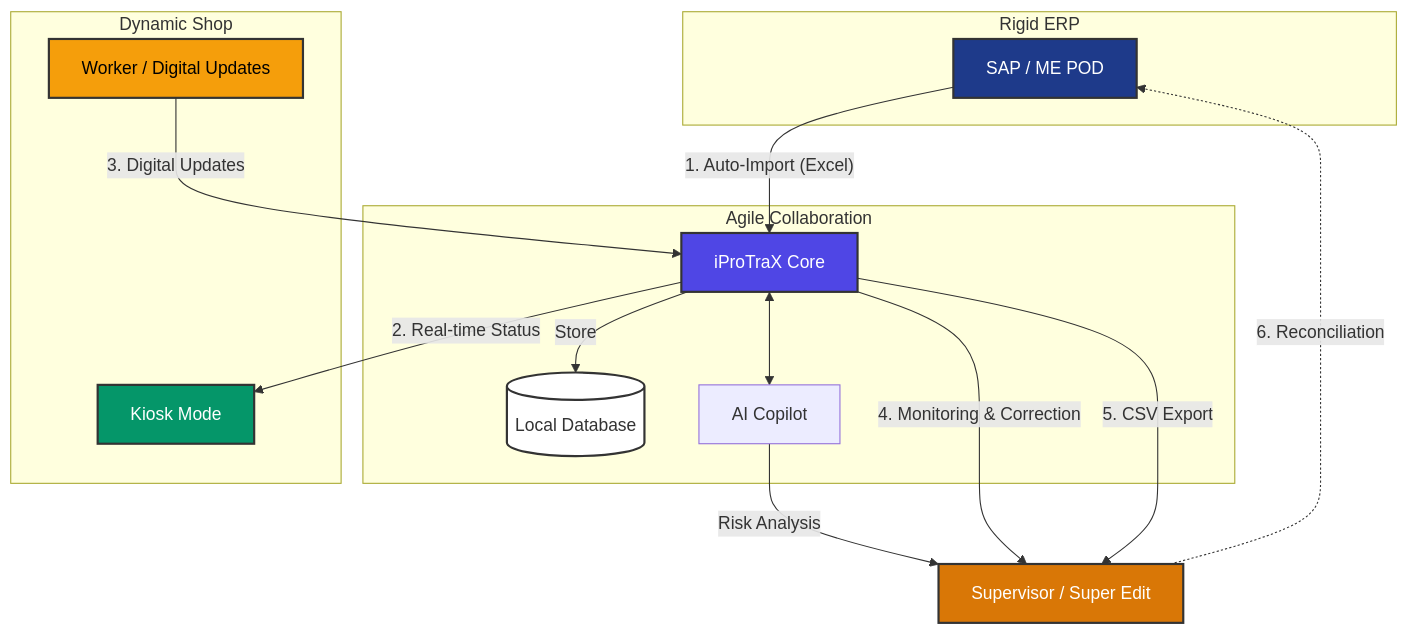
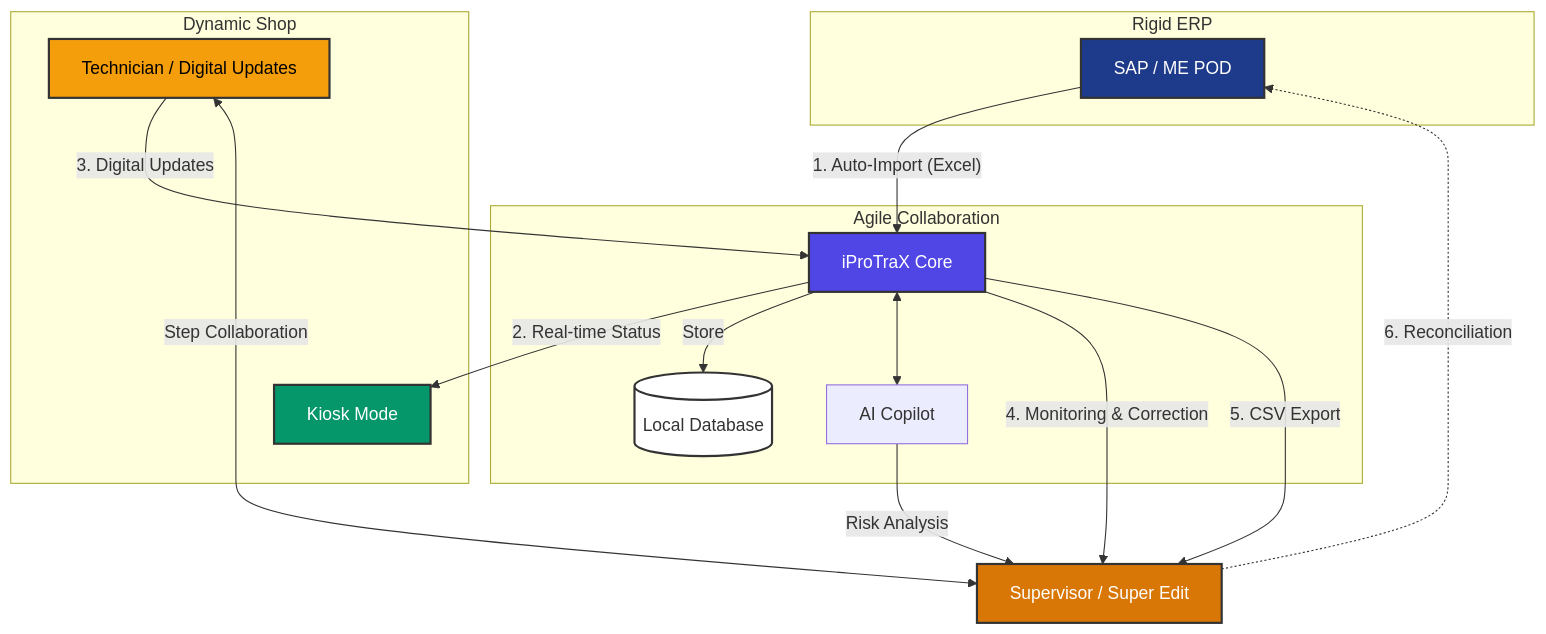
One commit to Tropical8818/ProTracker changed the diagram in README.md. Above: the diagram before and after it, drawn with Mermaid. The commit also changed 1 other file, not shown here.

Commit message:
docs: rename Worker to Technician and add technician-supervisor collaboration flow

````diff
--- a/README.md
+++ b/README.md
@@ -40,45 +40,46 @@
 ```mermaid
 graph TD
     subgraph RigidERP ["Rigid ERP"]
         SAP[SAP / ME POD]
     end
 
     subgraph DynamicShop ["Dynamic Shop"]
-        Worker[Worker / Digital Updates]
+        Tech[Technician / Digital Updates]
         Kiosk[Kiosk Mode]
     end
 
     subgraph AgileCollaboration ["Agile Collaboration"]
         Core[iProTraX Core]
         DB[(Local Database)]
         AI[AI Copilot]
     end
 
     Supervisor[Supervisor / Super Edit]
 
     %% Connections
     SAP -->|"1. Auto-Import (Excel)"| Core
     Core -->|"2. Real-time Status"| Kiosk
-    Worker -->|"3. Digital Updates"| Core
+    Tech -->|"3. Digital Updates"| Core
     Core -->|"Store"| DB
     Core <--> AI
     AI -->|"Risk Analysis"| Supervisor
     Core -->|"4. Monitoring & Correction"| Supervisor
     Core -->|"5. CSV Export"| Supervisor
     Supervisor -.->|"6. Reconciliation"| SAP
+    Tech <-->|"Step Collaboration"| Supervisor
 
     %% Styling
     classDef sap fill:#1e3a8a,stroke:#333,stroke-width:2px,color:white;
     classDef core fill:#4f46e5,stroke:#333,stroke-width:2px,color:white;
     classDef kiosk fill:#059669,stroke:#333,stroke-width:2px,color:white;
     classDef super fill:#d97706,stroke:#333,stroke-width:2px,color:white;
     classDef db fill:#fff,stroke:#333,stroke-width:2px;
     classDef shop fill:#f59e0b,stroke:#333,stroke-width:2px,color:black;
 
     class SAP sap;
     class Core core;
     class Kiosk kiosk;
     class Supervisor super;
     class DB db;
-    class Worker shop;
+    class Tech shop;
 ```
````
